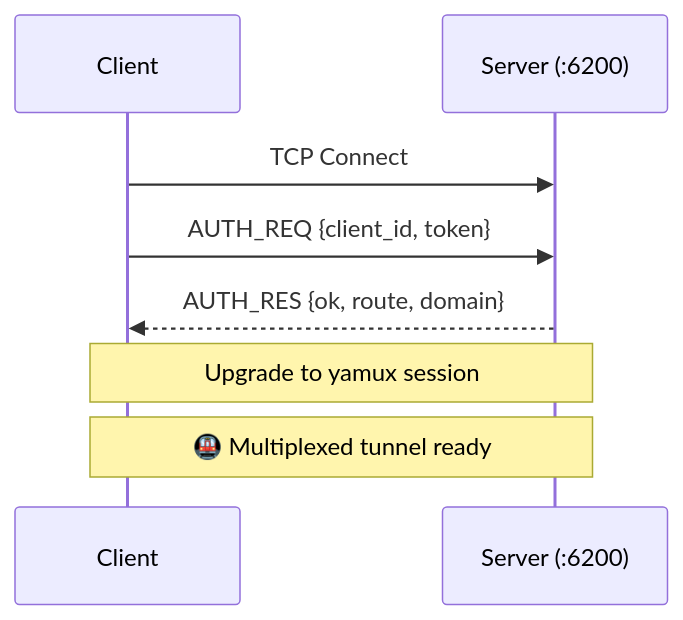
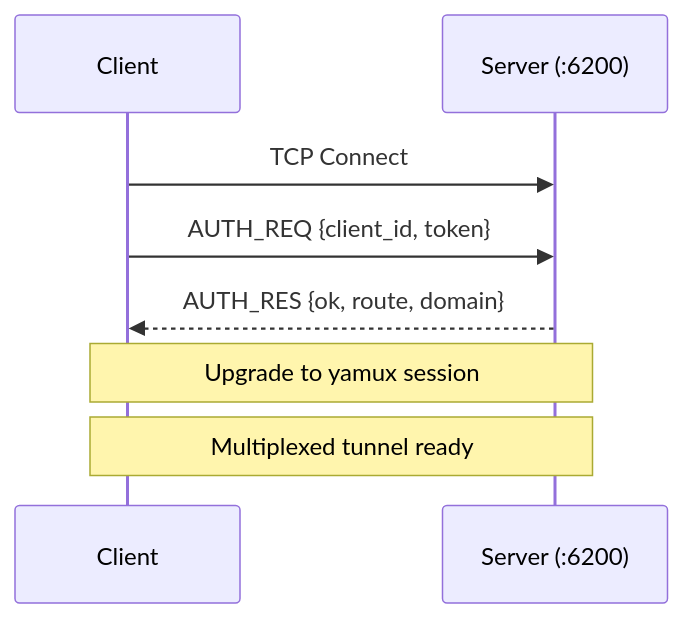
Before and after one commit to Zobite/zo-tunnel: the third of 4 diagrams in README.md, drawn with Mermaid. The commit also changed other lines of this file and 17 other files, not shown here.

````diff
--- a/README.md
+++ b/README.md
@@ -446,11 +442,11 @@
 ```mermaid
 sequenceDiagram
     participant C as Client
     participant S as Server (:6200)
 
     C->>S: TCP Connect
     C->>S: AUTH_REQ {client_id, token}
     S-->>C: AUTH_RES {ok, route, domain}
     Note over C,S: Upgrade to yamux session
-    Note over C,S: 🚇 Multiplexed tunnel ready
+    Note over C,S: Multiplexed tunnel ready
 ```
````
